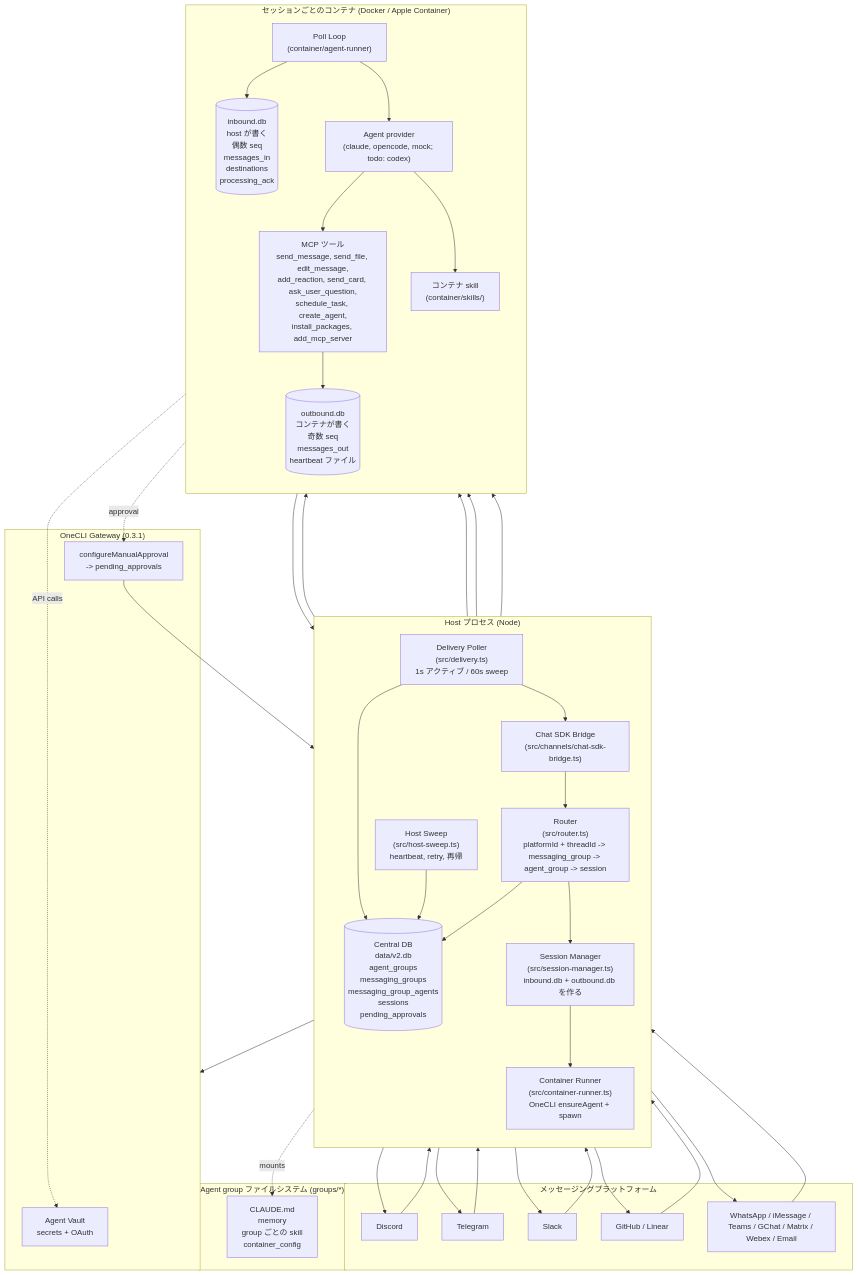
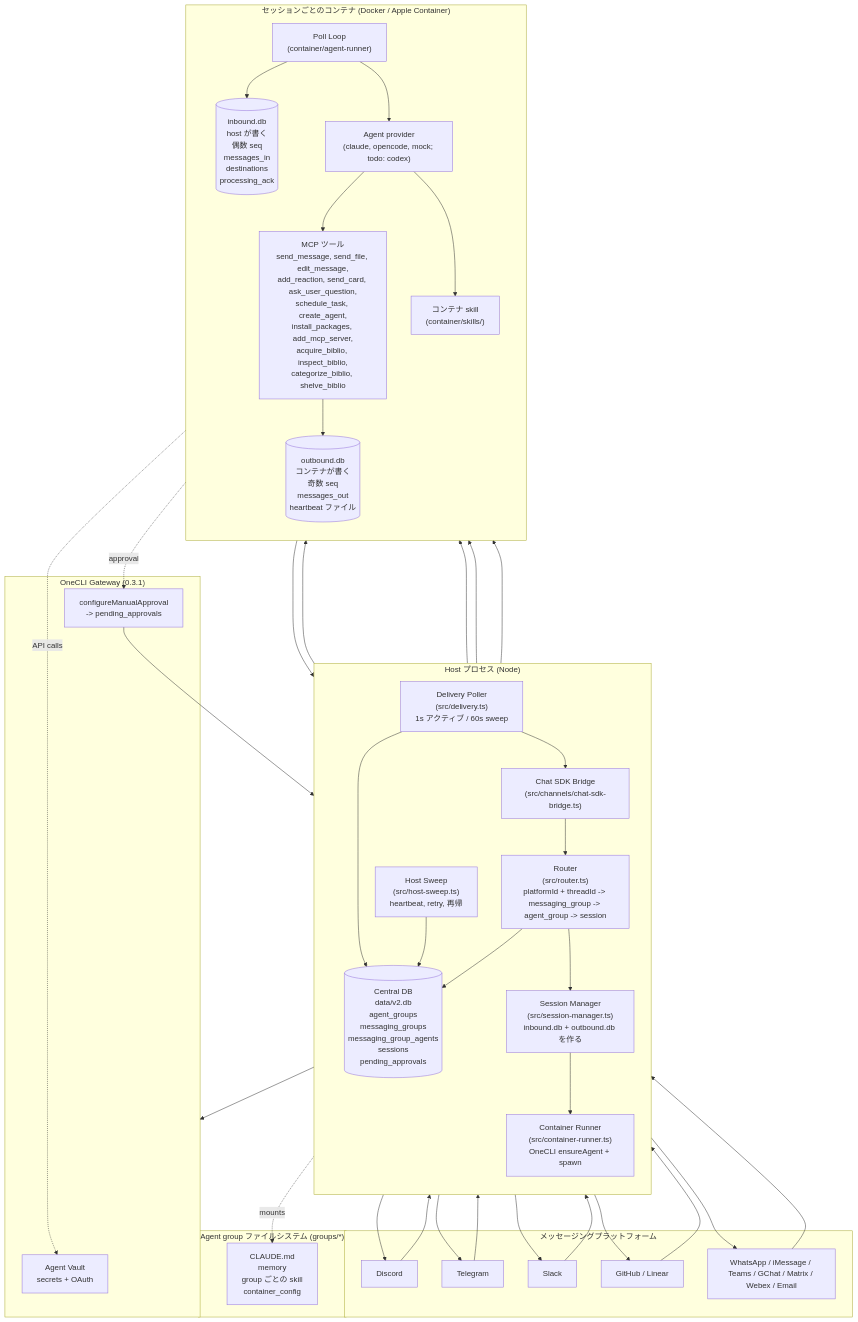
The first of 5 diagrams in docs/architecture-diagram.md (HajimariInc/biblio-claw), drawn with Mermaid before and after one commit. The commit also changed 13 other files, not shown here.

````diff
--- a/docs/architecture-diagram.md
+++ b/docs/architecture-diagram.md
@@ -5,65 +5,65 @@
 ```mermaid
 flowchart TB
   subgraph Platforms["メッセージングプラットフォーム"]
     P1[Discord]
     P2[Telegram]
     P3[Slack]
     P4[GitHub / Linear]
     P5[WhatsApp / iMessage / Teams / GChat / Matrix / Webex / Email]
   end
 
   subgraph Host["Host プロセス (Node)"]
     direction TB
     Bridge["Chat SDK Bridge<br/>(src/channels/chat-sdk-bridge.ts)"]
     Router["Router<br/>(src/router.ts)<br/>platformId + threadId -> messaging_group -> agent_group -> session"]
     SessMgr["Session Manager<br/>(src/session-manager.ts)<br/>inbound.db + outbound.db を作る"]
     Runner["Container Runner<br/>(src/container-runner.ts)<br/>OneCLI ensureAgent + spawn"]
     Delivery["Delivery Poller<br/>(src/delivery.ts)<br/>1s アクティブ / 60s sweep"]
     Sweep["Host Sweep<br/>(src/host-sweep.ts)<br/>heartbeat, retry, 再帰"]
     Central[("Central DB<br/>data/v2.db<br/>agent_groups<br/>messaging_groups<br/>messaging_group_agents<br/>sessions<br/>pending_approvals")]
   end
 
   subgraph OneCLI["OneCLI Gateway (0.3.1)"]
     Vault["Agent Vault<br/>secrets + OAuth"]
     Approvals["configureManualApproval<br/>-> pending_approvals"]
   end
 
   subgraph Session["セッションごとのコンテナ (Docker / Apple Container)"]
     direction TB
     PollLoop["Poll Loop<br/>(container/agent-runner)"]
     Provider["Agent provider<br/>(claude, opencode, mock; todo: codex)"]
-    MCP["MCP ツール<br/>send_message, send_file, edit_message,<br/>add_reaction, send_card, ask_user_question,<br/>schedule_task, create_agent,<br/>install_packages, add_mcp_server"]
+    MCP["MCP ツール<br/>send_message, send_file, edit_message,<br/>add_reaction, send_card, ask_user_question,<br/>schedule_task, create_agent,<br/>install_packages, add_mcp_server,<br/>acquire_biblio, inspect_biblio,<br/>categorize_biblio, shelve_biblio"]
     Skills["コンテナ skill<br/>(container/skills/)"]
     InDB[("inbound.db<br/>host が書く<br/>偶数 seq<br/>messages_in<br/>destinations<br/>processing_ack")]
     OutDB[("outbound.db<br/>コンテナが書く<br/>奇数 seq<br/>messages_out<br/>heartbeat ファイル")]
   end
 
   subgraph Groups["Agent group ファイルシステム (groups/*)"]
     Folder["CLAUDE.md<br/>memory<br/>group ごとの skill<br/>container_config"]
   end
 
   P1 & P2 & P3 & P4 & P5 --> Bridge
   Bridge --> Router
   Router --> Central
   Router --> SessMgr
   SessMgr --> InDB
   SessMgr --> Runner
   Runner --> OneCLI
   Runner --> PollLoop
   PollLoop --> InDB
   PollLoop --> Provider
   Provider --> MCP
   Provider --> Skills
   MCP --> OutDB
   OutDB --> Delivery
   Delivery --> Central
   Delivery --> Bridge
   Bridge --> P1 & P2 & P3 & P4 & P5
   Sweep --> InDB
   Sweep --> OutDB
   Sweep --> Central
   Runner -.mounts.-> Folder
   MCP -.approval.-> Approvals
   Approvals --> Central
   Provider -.API calls.-> Vault
 ```
````
